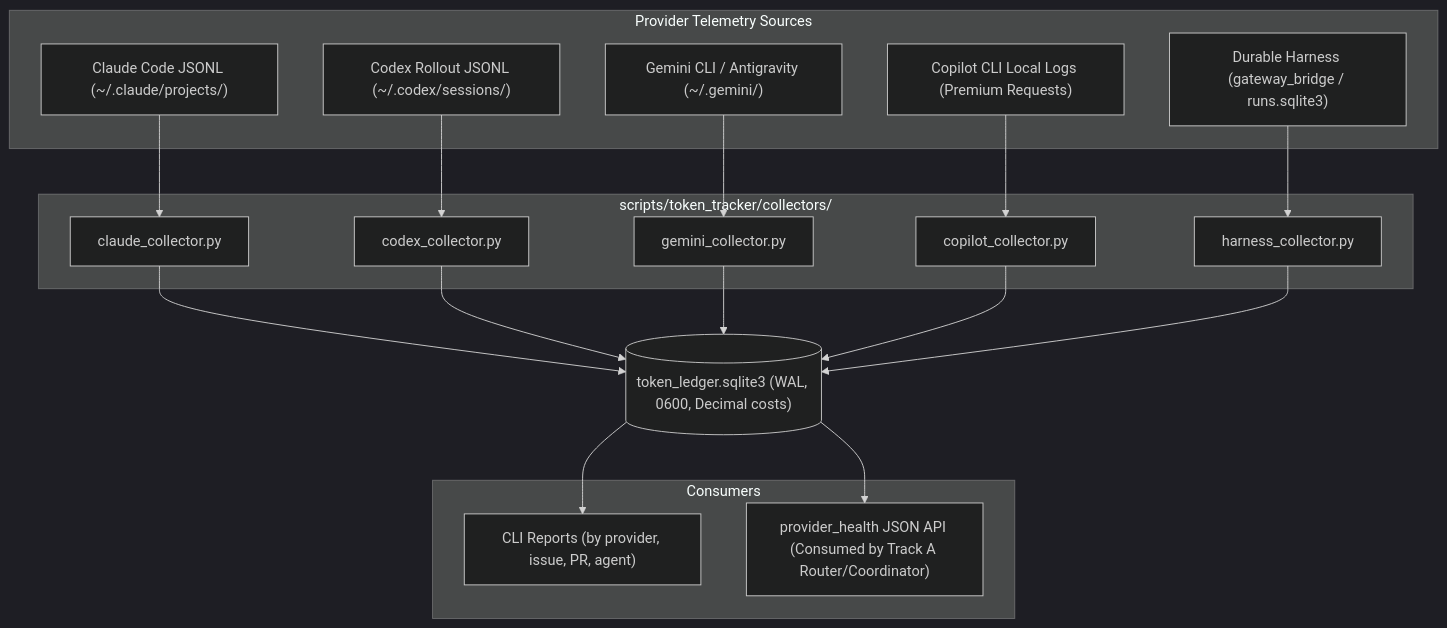
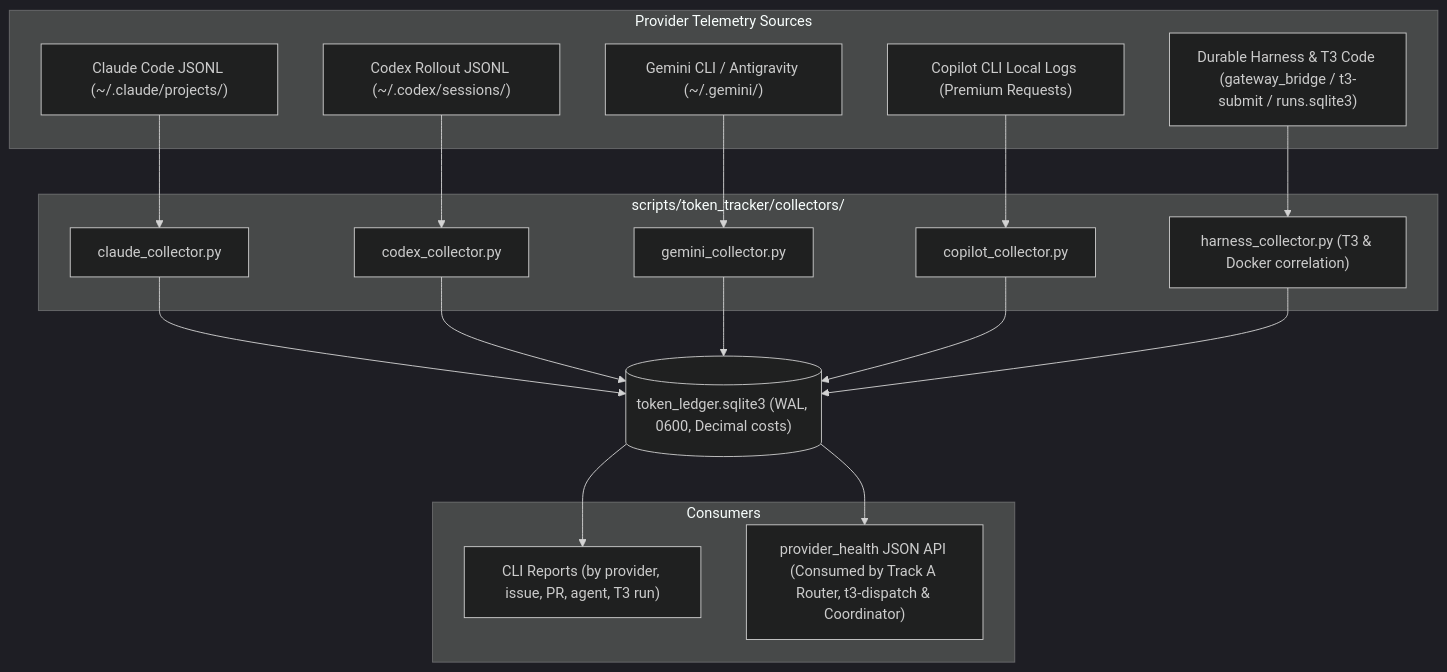
The third of 3 diagrams in apps/development-time/SitePulse/docs/engineering-process/token-aware-harness-and-handover-analysis.md (gurkanindibay/ai-powered-engineering), drawn with Mermaid (dark theme) before and after one commit. The commit also changed other lines of this file, not shown here.

First line of the commit message:
docs(harness): integrate T3 Code into token-aware routing, handover, and tracker design (#543)

````diff
--- a/apps/development-time/SitePulse/docs/engineering-process/token-aware-harness-and-handover-analysis.md
+++ b/apps/development-time/SitePulse/docs/engineering-process/token-aware-harness-and-handover-analysis.md
@@ -320,33 +350,33 @@
 ```mermaid
 flowchart TB
     subgraph Sources["Provider Telemetry Sources"]
         S1["Claude Code JSONL (~/.claude/projects/)"]
         S2["Codex Rollout JSONL (~/.codex/sessions/)"]
         S3["Gemini CLI / Antigravity (~/.gemini/)"]
         S4["Copilot CLI Local Logs (Premium Requests)"]
-        S5["Durable Harness (gateway_bridge / runs.sqlite3)"]
+        S5["Durable Harness & T3 Code (gateway_bridge / t3-submit / runs.sqlite3)"]
     end
 
     subgraph Collectors["scripts/token_tracker/collectors/"]
         C1["claude_collector.py"]
         C2["codex_collector.py"]
         C3["gemini_collector.py"]
         C4["copilot_collector.py"]
-        C5["harness_collector.py"]
+        C5["harness_collector.py (T3 & Docker correlation)"]
     end
 
     DB[("token_ledger.sqlite3 (WAL, 0600, Decimal costs)")]
 
     subgraph Consumers["Consumers"]
-        CLI["CLI Reports (by provider, issue, PR, agent)"]
-        Health["provider_health JSON API (Consumed by Track A Router/Coordinator)"]
+        CLI["CLI Reports (by provider, issue, PR, agent, T3 run)"]
+        Health["provider_health JSON API (Consumed by Track A Router, t3-dispatch & Coordinator)"]
     end
 
     S1 --> C1 --> DB
     S2 --> C2 --> DB
     S3 --> C3 --> DB
     S4 --> C4 --> DB
     S5 --> C5 --> DB
     DB --> CLI
     DB --> Health
 ```
````
